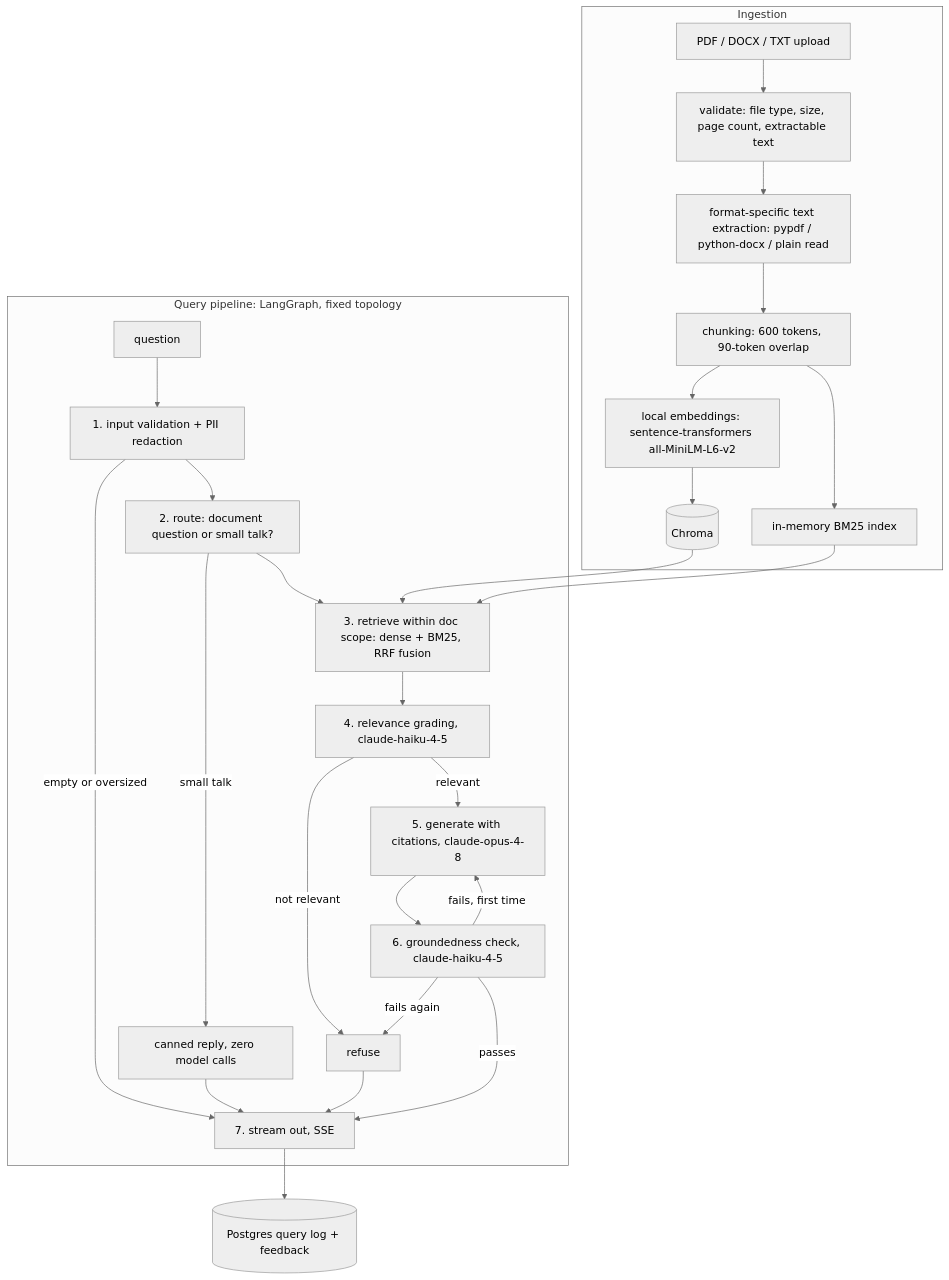
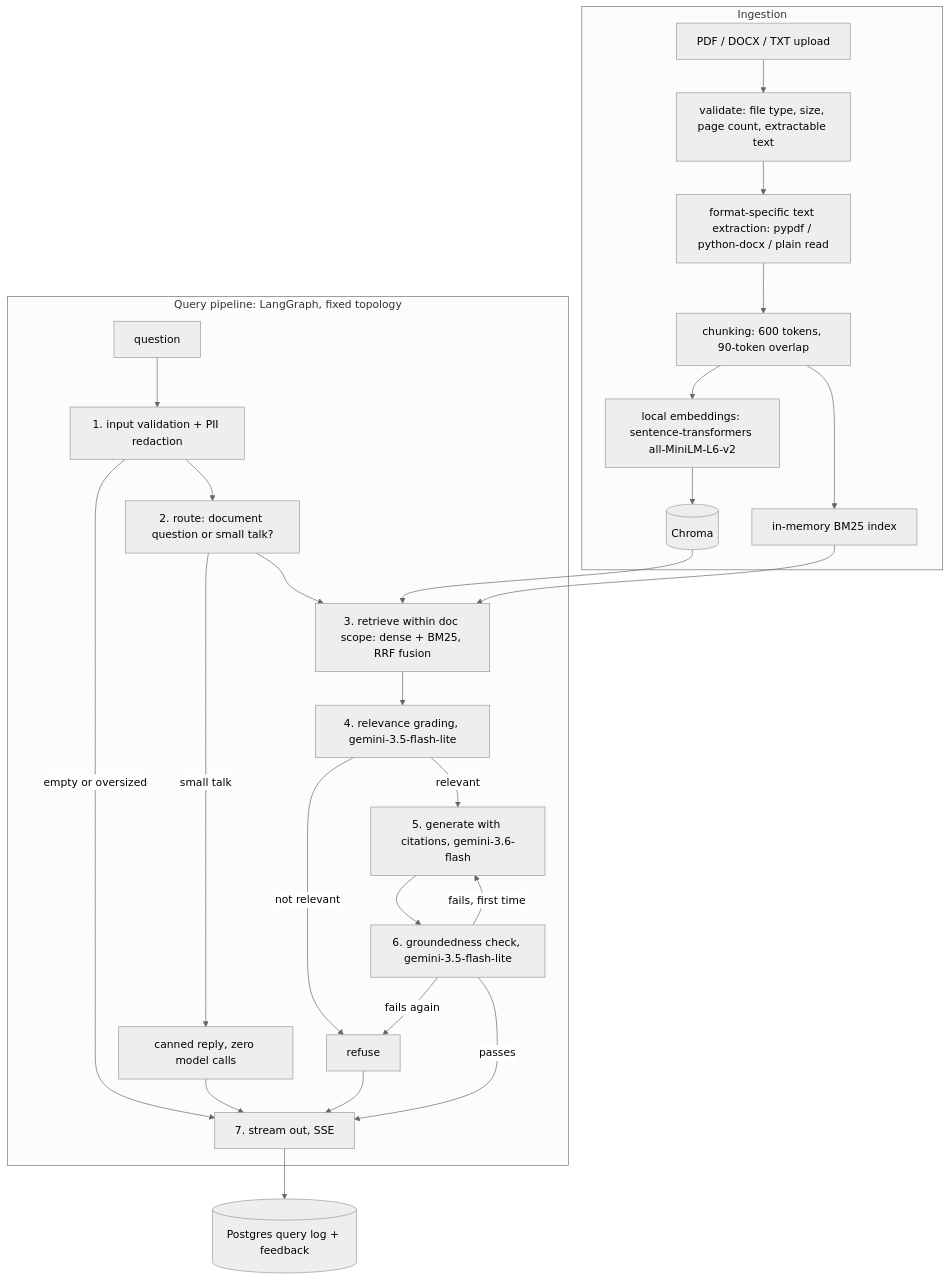
One commit to ashrithaumd/DocuMind changed the diagram in README.md. Above: the diagram before and after it, drawn with Mermaid (neutral theme). The commit also changed other lines of this file, not shown here.

First line of the commit message:
docs(readme): document the Gemini stack; mark July Claude eval as historical

````diff
--- a/README.md
+++ b/README.md
@@ -20,31 +20,31 @@
 ```mermaid
 flowchart TD
     subgraph ingestion [Ingestion]
         A[PDF / DOCX / TXT upload] --> B[validate: file type, size, page count, extractable text]
         B --> C[format-specific text extraction: pypdf / python-docx / plain read]
         C --> D[chunking: 600 tokens, 90-token overlap]
         D --> E[local embeddings: sentence-transformers all-MiniLM-L6-v2]
         E --> F[(Chroma)]
         D --> G[in-memory BM25 index]
     end
 
     subgraph query [Query pipeline: LangGraph, fixed topology]
         H[question] --> I[1. input validation + PII redaction]
         I -- empty or oversized --> S
         I --> RQ[2. route: document question or small talk?]
         RQ -- small talk --> ST[canned reply, zero model calls] --> S
         RQ --> J[3. retrieve within doc scope: dense + BM25, RRF fusion]
-        J --> K[4. relevance grading, claude-haiku-4-5]
+        J --> K[4. relevance grading, gemini-3.5-flash-lite]
         K -- not relevant --> R[refuse]
-        K -- relevant --> L[5. generate with citations, claude-opus-4-8]
-        L --> M[6. groundedness check, claude-haiku-4-5]
+        K -- relevant --> L[5. generate with citations, gemini-3.6-flash]
+        L --> M[6. groundedness check, gemini-3.5-flash-lite]
         M -- fails, first time --> L
         M -- fails again --> R
         M -- passes --> S[7. stream out, SSE]
         R --> S
     end
 
     F --> J
     G --> J
     S --> P[(Postgres query log + feedback)]
 ```
````
